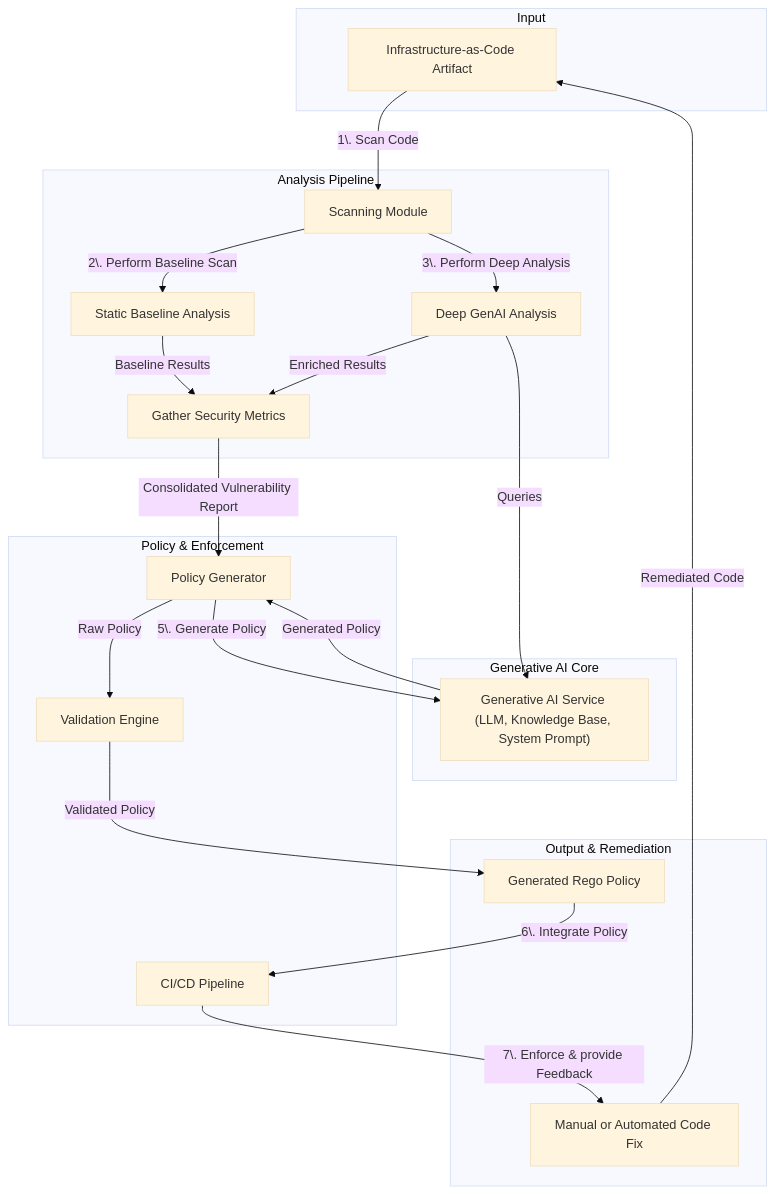
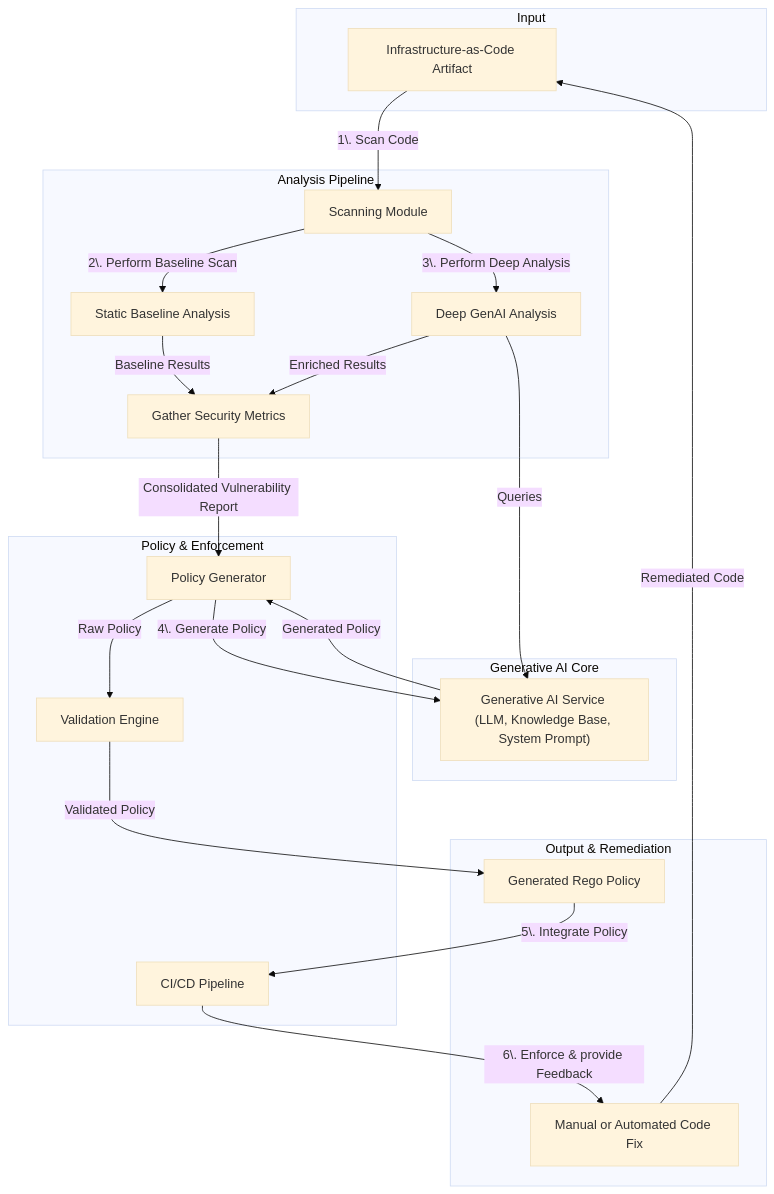
One commit to daniel-vera-g/master-thesis changed the diagram in diagramms/conceptual.mmd. Above: the diagram before and after it, drawn with Mermaid (base theme). The commit also changed 2 other files, not shown here.

Commit message:
update diagram

```diff
--- a/diagramms/conceptual.mmd
+++ b/diagramms/conceptual.mmd
@@ -1,48 +1,48 @@
 graph TD
     direction LR
     
     subgraph "Input"
         IaC["Infrastructure-as-Code Artifact"];
     end
 
     subgraph "Analysis Pipeline"
         Scanning["Scanning Module"];
         StaticAnalysis["Static Baseline Analysis"];
         GenAIAnalysis["Deep GenAI Analysis"];
         Metrics["Gather Security Metrics"];
     end
 
     subgraph "Generative AI Core"
         GenAIService["Generative AI Service (LLM, Knowledge Base, System Prompt)"];
     end
 
     subgraph "Policy & Enforcement"
         PolicyGen["Policy Generator"];
         Validation["Validation Engine"];
         CICD["CI/CD Pipeline"];
     end
 
     subgraph "Output & Remediation"
         RegoPolicy["Generated Rego Policy"];
         FixIaC["Manual or Automated Code Fix"];
     end
 
     IaC -- "1\. Scan Code" --> Scanning;
     
     Scanning -- "2\. Perform Baseline Scan" --> StaticAnalysis;
     StaticAnalysis -- "Baseline Results" --> Metrics;
     
     Scanning -- "3\. Perform Deep Analysis" --> GenAIAnalysis;
     GenAIAnalysis -- "Enriched Results" --> Metrics;
     GenAIAnalysis -- "Queries" --> GenAIService;
     
     Metrics -- "Consolidated Vulnerability Report" --> PolicyGen;
-    PolicyGen -- "5\. Generate Policy" --> GenAIService;
+    PolicyGen -- "4\. Generate Policy" --> GenAIService;
     
     GenAIService -- "Generated Policy" --> PolicyGen;
     PolicyGen -- "Raw Policy" --> Validation;
     Validation -- "Validated Policy" --> RegoPolicy;
     
-    RegoPolicy -- "6\. Integrate Policy" --> CICD;
-    CICD -- "7\. Enforce & provide Feedback" --> FixIaC;
+    RegoPolicy -- "5\. Integrate Policy" --> CICD;
+    CICD -- "6\. Enforce & provide Feedback" --> FixIaC;
     FixIaC -- "Remediated Code" --> IaC;
```
